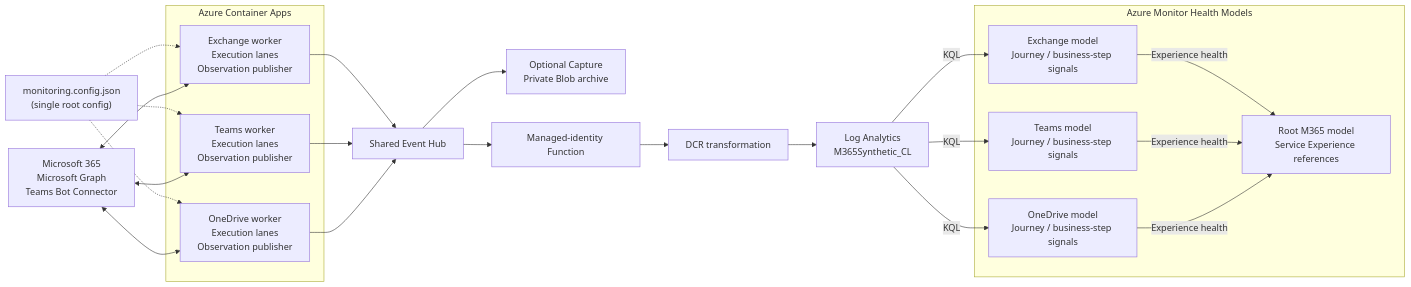
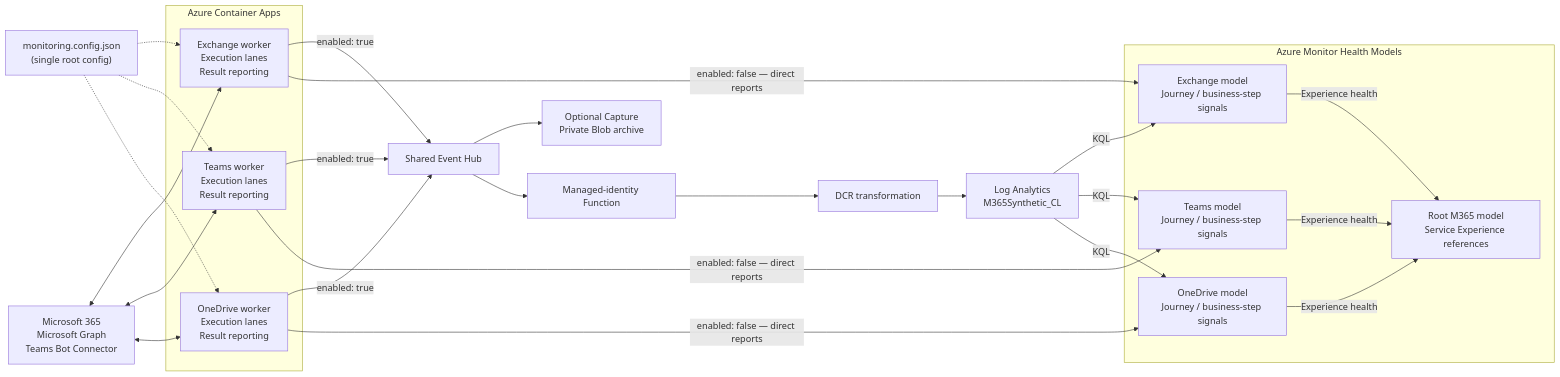
One commit to mariehalloran/ahm-m365-example changed the diagram in README.md. Above: the diagram before and after it, drawn with Mermaid. The commit also changed other lines of this file and 39 other files, not shown here.

````diff
--- a/README.md
+++ b/README.md
@@ -67,43 +68,46 @@
 ```mermaid
 flowchart LR
     config["monitoring.config.json<br/>(single root config)"]
     m365["Microsoft 365<br/>Microsoft Graph<br/>Teams Bot Connector"]
 
     subgraph workers["Azure Container Apps"]
-        exchange["Exchange worker<br/>Execution lanes<br/>Observation publisher"]
-        teams["Teams worker<br/>Execution lanes<br/>Observation publisher"]
-        onedrive["OneDrive worker<br/>Execution lanes<br/>Observation publisher"]
+        exchange["Exchange worker<br/>Execution lanes<br/>Result reporting"]
+        teams["Teams worker<br/>Execution lanes<br/>Result reporting"]
+        onedrive["OneDrive worker<br/>Execution lanes<br/>Result reporting"]
     end
 
     config -.-> exchange
     config -.-> teams
     config -.-> onedrive
     m365 <--> exchange
     m365 <--> teams
     m365 <--> onedrive
 
     subgraph models["Azure Monitor Health Models"]
         exchangeModel["Exchange model<br/>Journey / business-step signals"]
         teamsModel["Teams model<br/>Journey / business-step signals"]
         onedriveModel["OneDrive model<br/>Journey / business-step signals"]
         root["Root M365 model<br/>Service Experience references"]
 
         exchangeModel -->|"Experience health"| root
         teamsModel -->|"Experience health"| root
         onedriveModel -->|"Experience health"| root
     end
 
     hub["Shared Event Hub"]
     archive["Optional Capture<br/>Private Blob archive"]
     bridge["Managed-identity Function"]
     dcr["DCR transformation"]
     logs["Log Analytics<br/>M365Synthetic_CL"]
-    exchange --> hub
-    teams --> hub
-    onedrive --> hub
+    exchange -->|"enabled: true"| hub
+    teams -->|"enabled: true"| hub
+    onedrive -->|"enabled: true"| hub
+    exchange -->|"enabled: false — direct reports"| exchangeModel
+    teams -->|"enabled: false — direct reports"| teamsModel
+    onedrive -->|"enabled: false — direct reports"| onedriveModel
     hub --> archive
     hub --> bridge --> dcr --> logs
     logs -->|"KQL"| exchangeModel
     logs -->|"KQL"| teamsModel
     logs -->|"KQL"| onedriveModel
 ```
````
